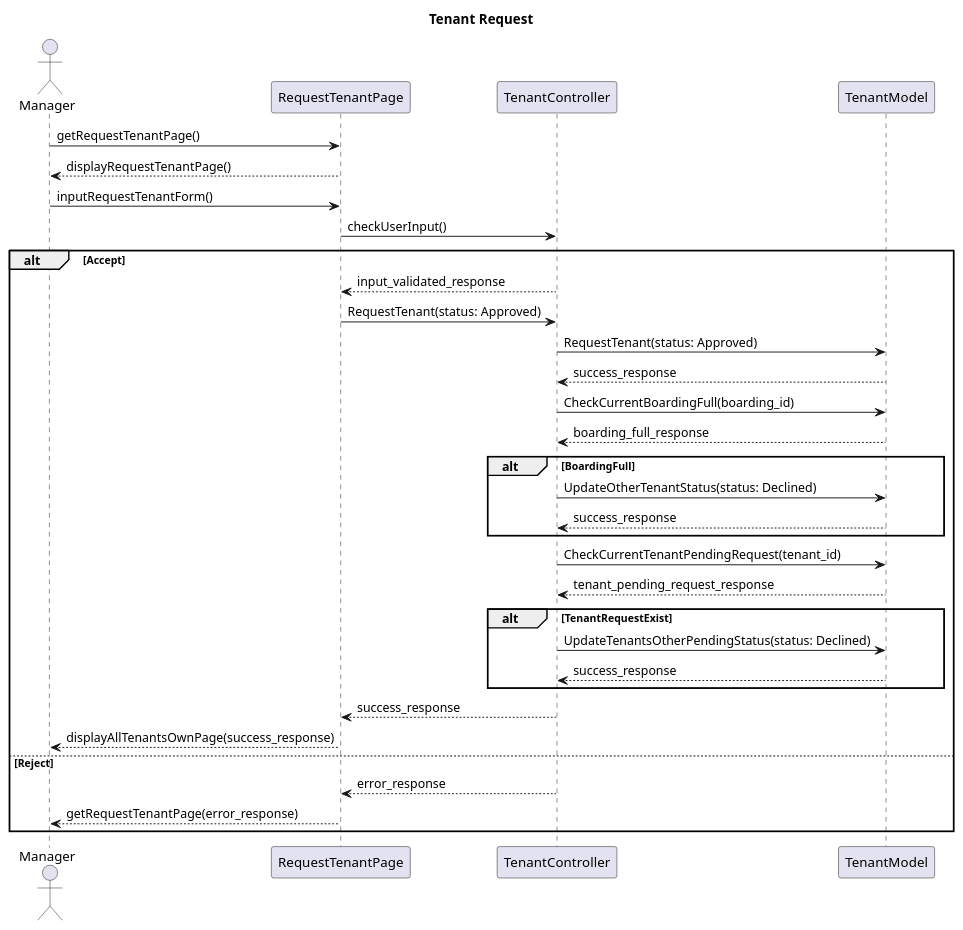
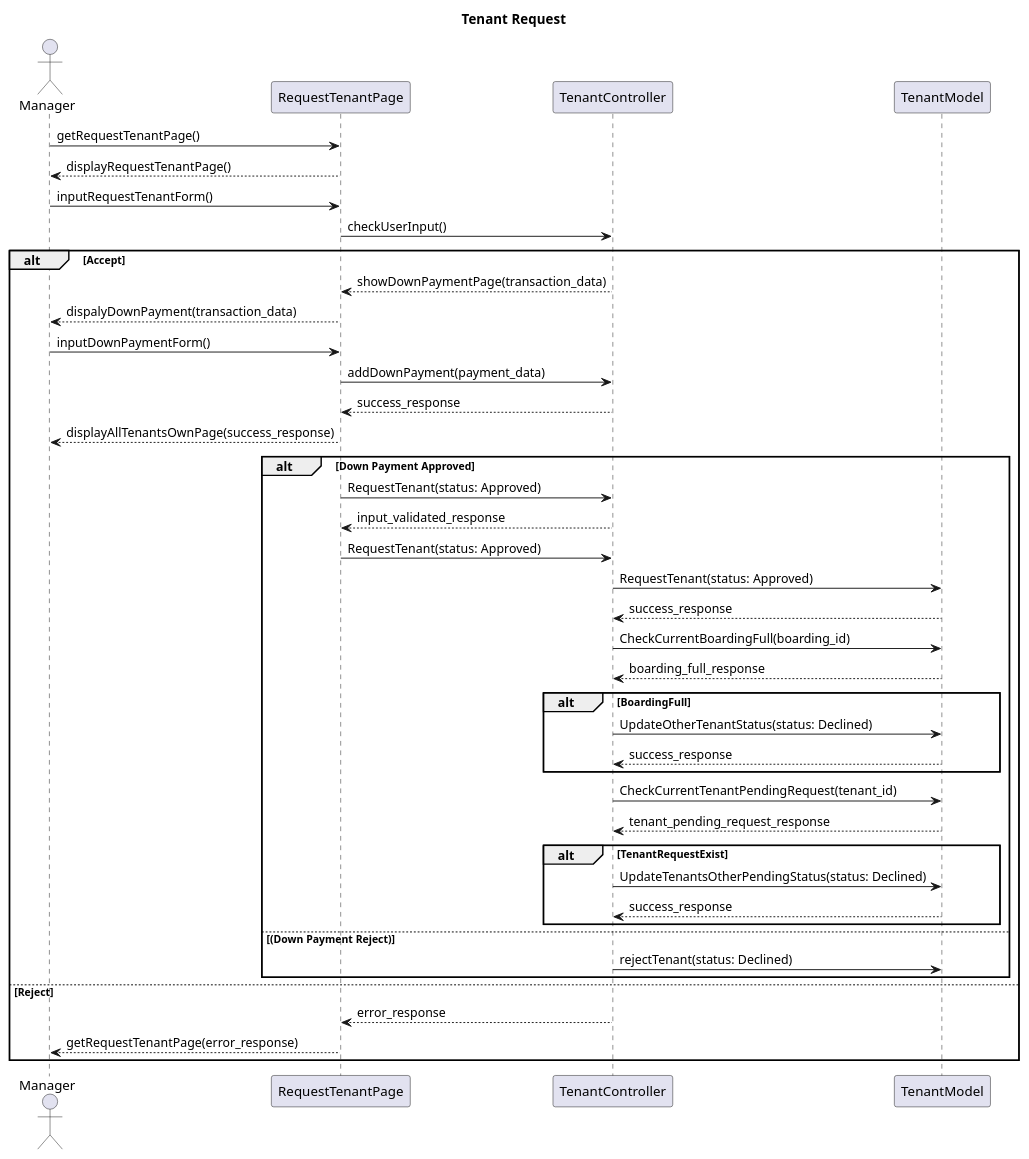
The diagram in Design/BHFMS_SEQUENCE/Owner Manager/Request Tenant.puml (AntWort21/BHFMS), drawn with PlantUML before and after one commit. The commit also changed 39 other files, not shown here.

First line of the commit message:
Down payment (#136)

```diff
--- a/Design/BHFMS_SEQUENCE/Owner Manager/Request Tenant.puml
+++ b/Design/BHFMS_SEQUENCE/Owner Manager/Request Tenant.puml
@@ -1,40 +1,50 @@
 @startuml
 title Tenant Request
 actor Manager as act
 participant RequestTenantPage as view
 participant TenantController as ctrl
 participant TenantModel as model
 
 act -> view : getRequestTenantPage()
 act <-- view : displayRequestTenantPage()
 
     act->view : inputRequestTenantForm()
     view->ctrl : checkUserInput()
         alt Accept
-        ctrl-->view:input_validated_response
-        view->ctrl: RequestTenant(status: Approved)
-        ctrl->model: RequestTenant(status: Approved)
-        model --> ctrl: success_response
-        ctrl->model :CheckCurrentBoardingFull(boarding_id)
-        model --> ctrl: boarding_full_response
-            alt BoardingFull
-            ctrl->model: UpdateOtherTenantStatus(status: Declined)
-            model --> ctrl: success_response
+            ctrl-->view: showDownPaymentPage(transaction_data)
+            view-->act: dispalyDownPayment(transaction_data)
+            act->view: inputDownPaymentForm()
+            view->ctrl: addDownPayment(payment_data)
+            
+            ctrl --> view: success_response
+            view-->act: displayAllTenantsOwnPage(success_response)
+            alt Down Payment Approved
+                view->ctrl: RequestTenant(status: Approved)
+                
+                ctrl-->view: input_validated_response
+                view->ctrl: RequestTenant(status: Approved)
+                ctrl->model: RequestTenant(status: Approved)
+                model --> ctrl: success_response
+                ctrl->model :CheckCurrentBoardingFull(boarding_id)
+                model --> ctrl: boarding_full_response
+                    alt BoardingFull
+                    ctrl->model: UpdateOtherTenantStatus(status: Declined)
+                    model --> ctrl: success_response
+                    end
+
+                ctrl->model :CheckCurrentTenantPendingRequest(tenant_id)
+                model --> ctrl: tenant_pending_request_response
+                    alt TenantRequestExist
+                    ctrl->model: UpdateTenantsOtherPendingStatus(status: Declined)
+                    model --> ctrl: success_response
+                    end
+            else (Down Payment Reject)
+                ctrl->model: rejectTenant(status: Declined)
             end
-
-        ctrl->model :CheckCurrentTenantPendingRequest(tenant_id)
-        model --> ctrl: tenant_pending_request_response
-            alt TenantRequestExist
-            ctrl->model: UpdateTenantsOtherPendingStatus(status: Declined)
-            model --> ctrl: success_response
-            end
-        
-        ctrl --> view: success_response
-        view-->act: displayAllTenantsOwnPage(success_response)
         else Reject
         ctrl --> view: error_response
         view-->act: getRequestTenantPage(error_response)
         end
 
 
 @enduml
```
